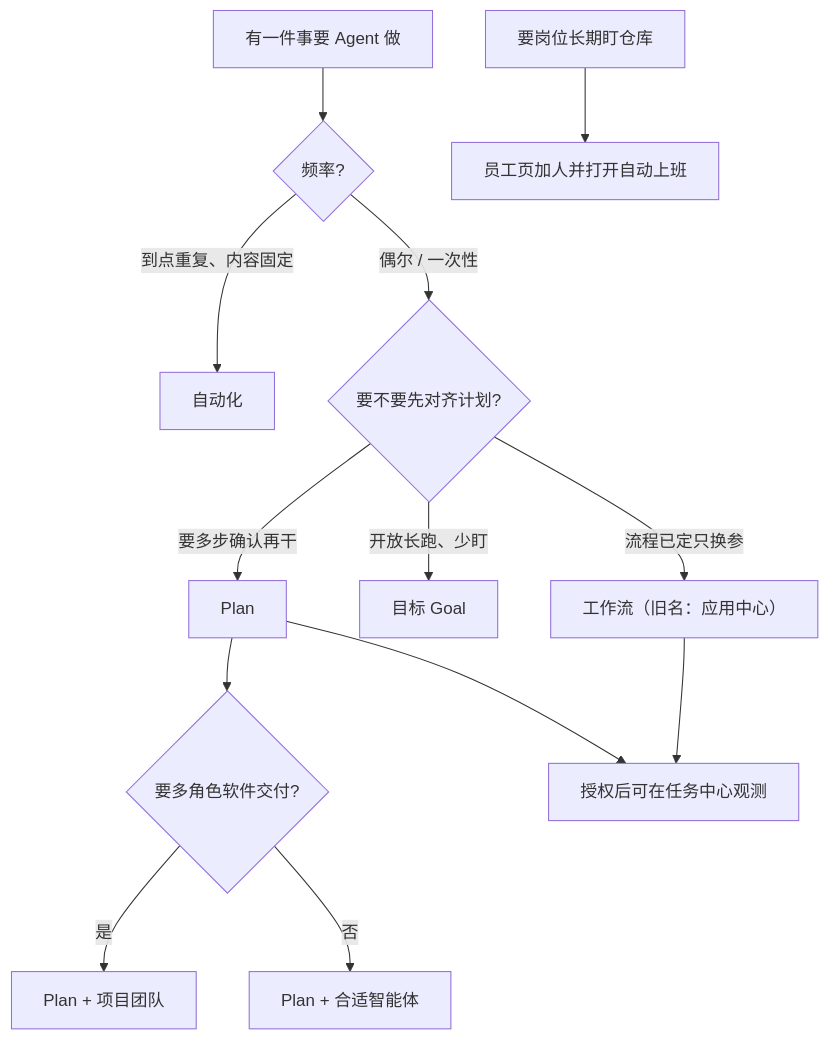
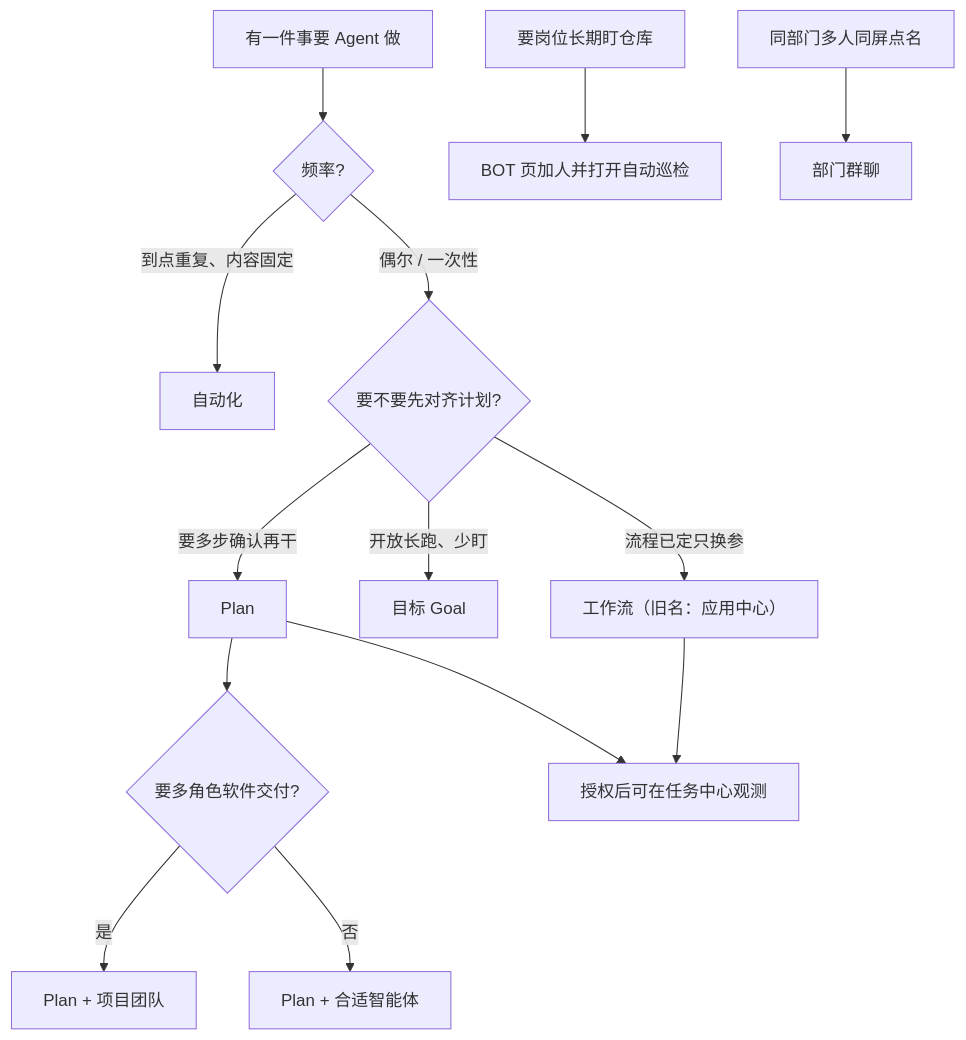
The diagram in docs/user/getting-started/product-overview.md (EvovexAI/EvoFlow), drawn with Mermaid before and after one commit. The commit also changed other lines of this file and 67 other files, not shown here.

````diff
--- a/docs/user/getting-started/product-overview.md
+++ b/docs/user/getting-started/product-overview.md
@@ -120,15 +122,16 @@
 ```mermaid
 flowchart TD
   A[有一件事要 Agent 做] --> B{频率?}
   B -->|到点重复、内容固定| C[自动化]
   B -->|偶尔 / 一次性| D{要不要先对齐计划?}
   D -->|要多步确认再干| E[Plan]
   D -->|开放长跑、少盯| F[目标 Goal]
   D -->|流程已定只换参| G[工作流（旧名：应用中心）]
   E --> H{要多角色软件交付?}
   H -->|是| I[Plan + 项目团队]
   H -->|否| J[Plan + 合适智能体]
   E --> K[授权后可在任务中心观测]
   G --> K
-  L[要岗位长期盯仓库] --> M[员工页加人并打开自动上班]
+  L[要岗位长期盯仓库] --> M[BOT 页加人并打开自动巡检]
+  N[同部门多人同屏点名] --> O[部门群聊]
 ```
````
